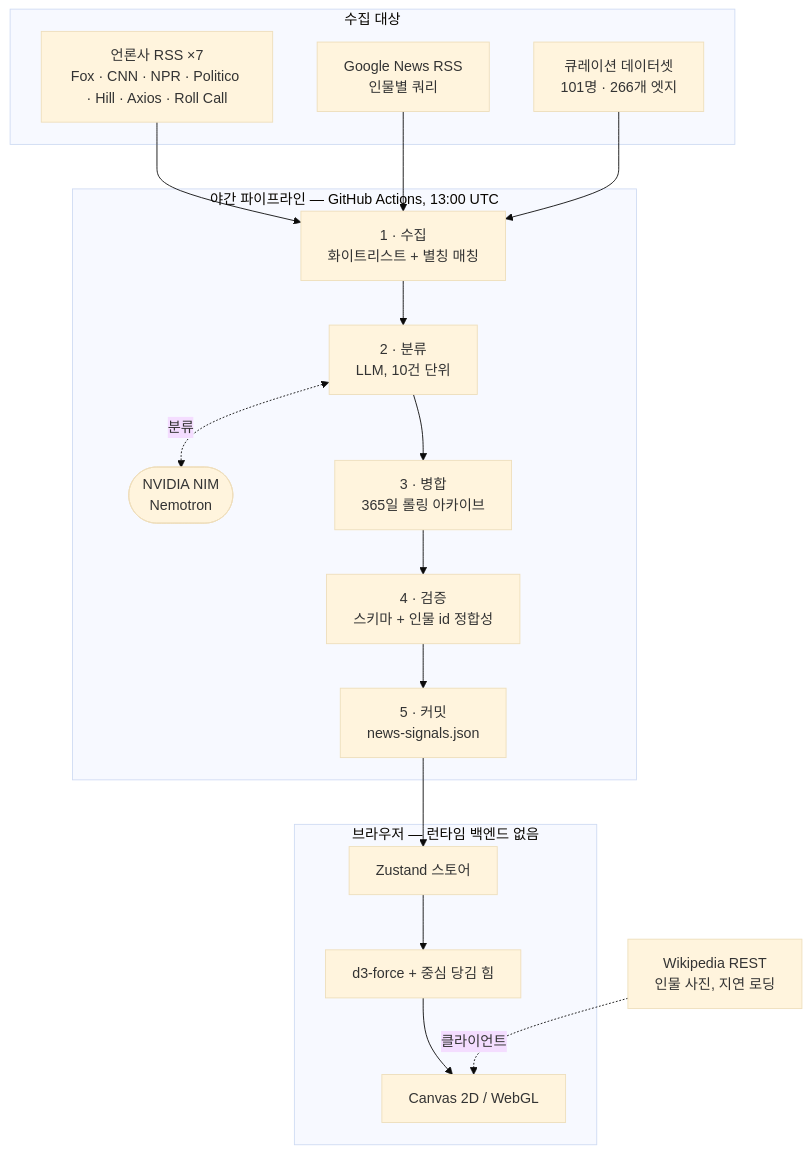
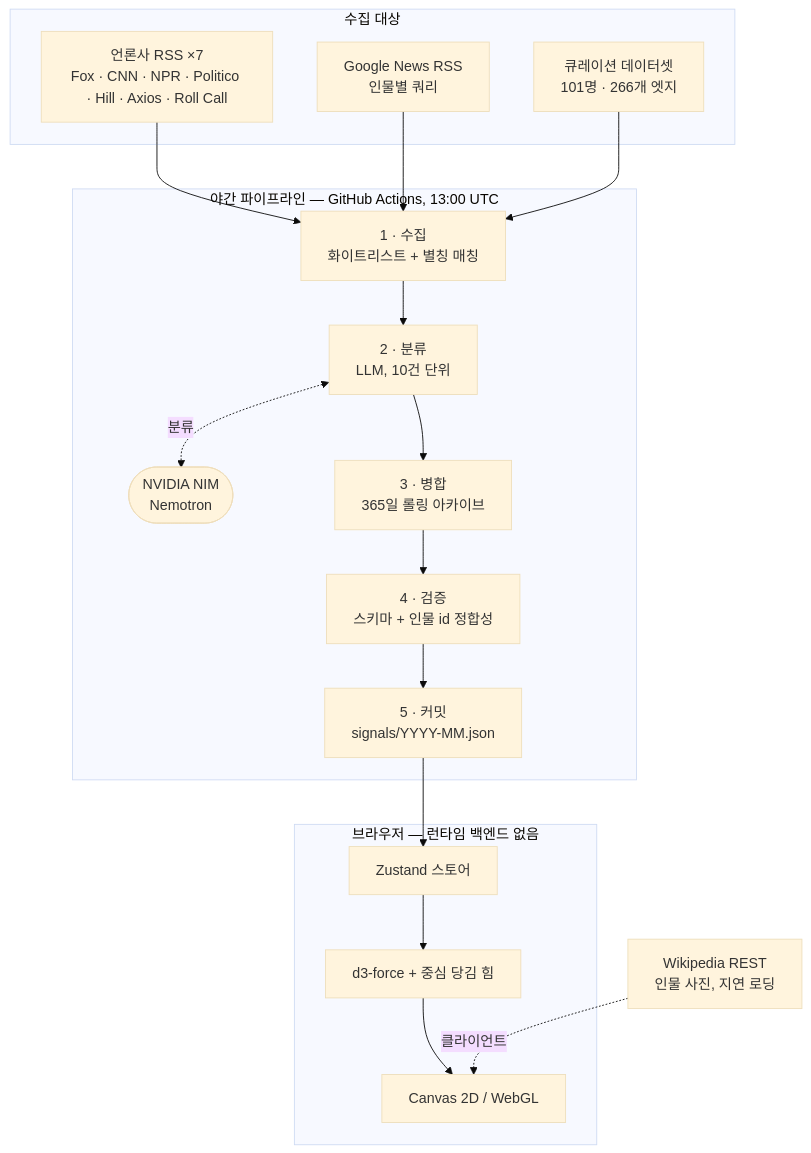
One commit to showjihyun/world-politicians changed the diagram in README.ko.md. Above: the diagram before and after it, drawn with Mermaid (base theme). The commit also changed other lines of this file and 39 other files, not shown here.

````diff
--- a/README.ko.md
+++ b/README.ko.md
@@ -42,31 +43,31 @@
 ```mermaid
 flowchart TB
     subgraph S["수집 대상"]
         A["언론사 RSS ×7<br/>Fox · CNN · NPR · Politico · Hill · Axios · Roll Call"]
         B["Google News RSS<br/>인물별 쿼리"]
         C["큐레이션 데이터셋<br/>101명 · 266개 엣지"]
     end
 
     subgraph P["야간 파이프라인 — GitHub Actions, 13:00 UTC"]
         D["1 · 수집<br/>화이트리스트 + 별칭 매칭"]
         E["2 · 분류<br/>LLM, 10건 단위"]
         L(["NVIDIA NIM<br/>Nemotron"])
         F["3 · 병합<br/>365일 롤링 아카이브"]
         G["4 · 검증<br/>스키마 + 인물 id 정합성"]
-        H["5 · 커밋<br/>news-signals.json"]
+        H["5 · 커밋<br/>signals/YYYY-MM.json"]
     end
 
     subgraph B2["브라우저 — 런타임 백엔드 없음"]
         I["Zustand 스토어"]
         J["d3-force + 중심 당김 힘"]
         K["Canvas 2D / WebGL"]
     end
 
     A --> D
     B --> D
     C --> D
     D --> E --> F --> G --> H
     E <-. 분류 .-> L
     H --> I --> J --> K
     W["Wikipedia REST<br/>인물 사진, 지연 로딩"] -. 클라이언트 .-> K
 ```
````
